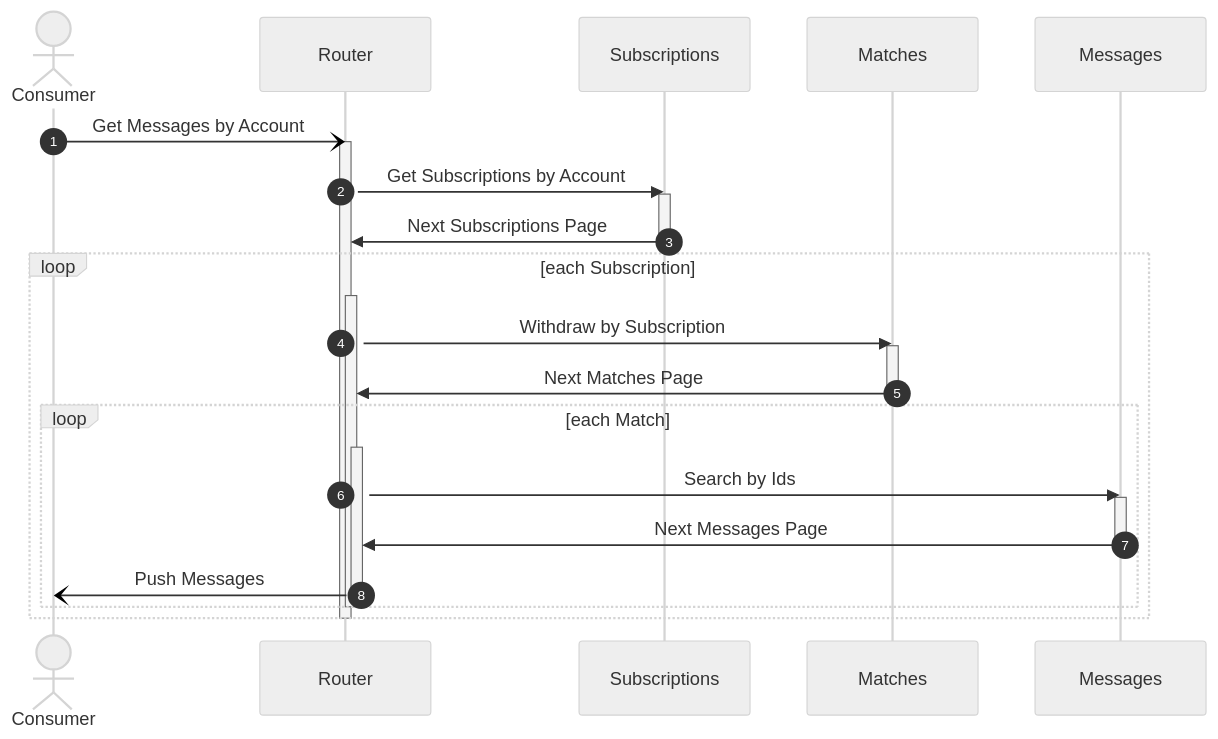
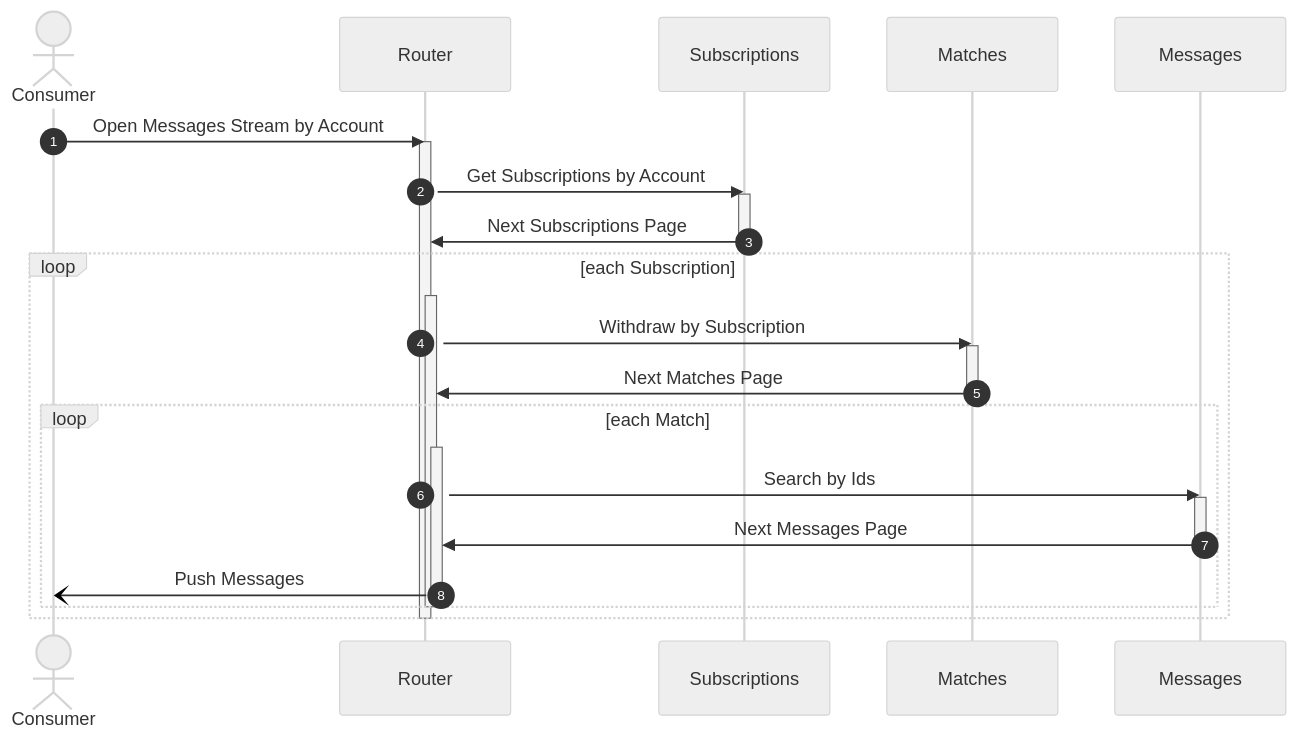
One commit to awakari/.github changed the second of 2 diagrams in profile/README.md. Above: the diagram before and after it, drawn with Mermaid.

Commit message:
readme update

````diff
--- a/profile/README.md
+++ b/profile/README.md
@@ -173,45 +173,45 @@
 ```mermaid
 %%{init: {'theme': 'neutral' } }%%
 sequenceDiagram
 
     autonumber
 
     actor Consumer
     participant Router
     participant Subscriptions
     participant Matches
     participant Messages
 
-    Consumer-)Router: Get Messages by Account
+    Consumer->>Router: Open Messages Stream by Account
     activate Router
     Router->>Subscriptions: Get Subscriptions by Account
     
     activate Subscriptions
     Subscriptions->>Router: Next Subscriptions Page
     deactivate Subscriptions
     
     loop each Subscription
     activate Router
     
         Router->>Matches: Withdraw by Subscription
         activate Matches
         Matches->>Router: Next Matches Page
         deactivate Matches
         
         loop each Match
         activate Router
             
             Router->>Messages: Search by Ids
             activate Messages
             Messages->>Router: Next Messages Page
             deactivate Messages
             Router-)Consumer: Push Messages
         
         deactivate Router    
         end
         
     deactivate Router  
     end
         
     deactivate Router
 ```
````
